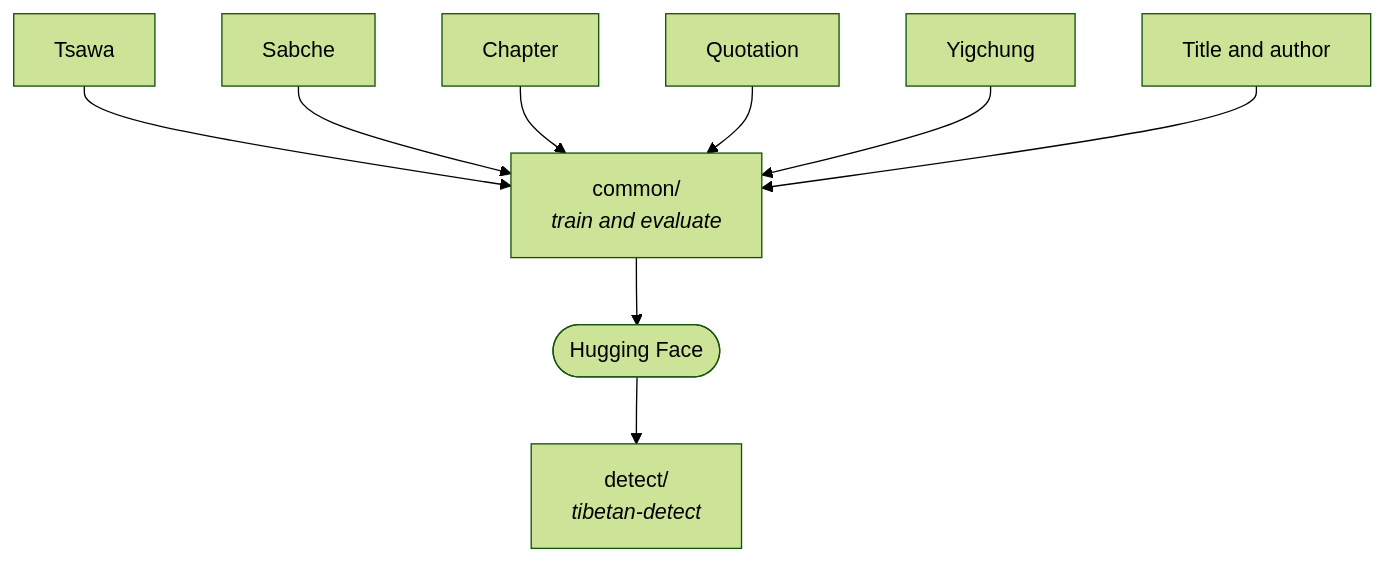
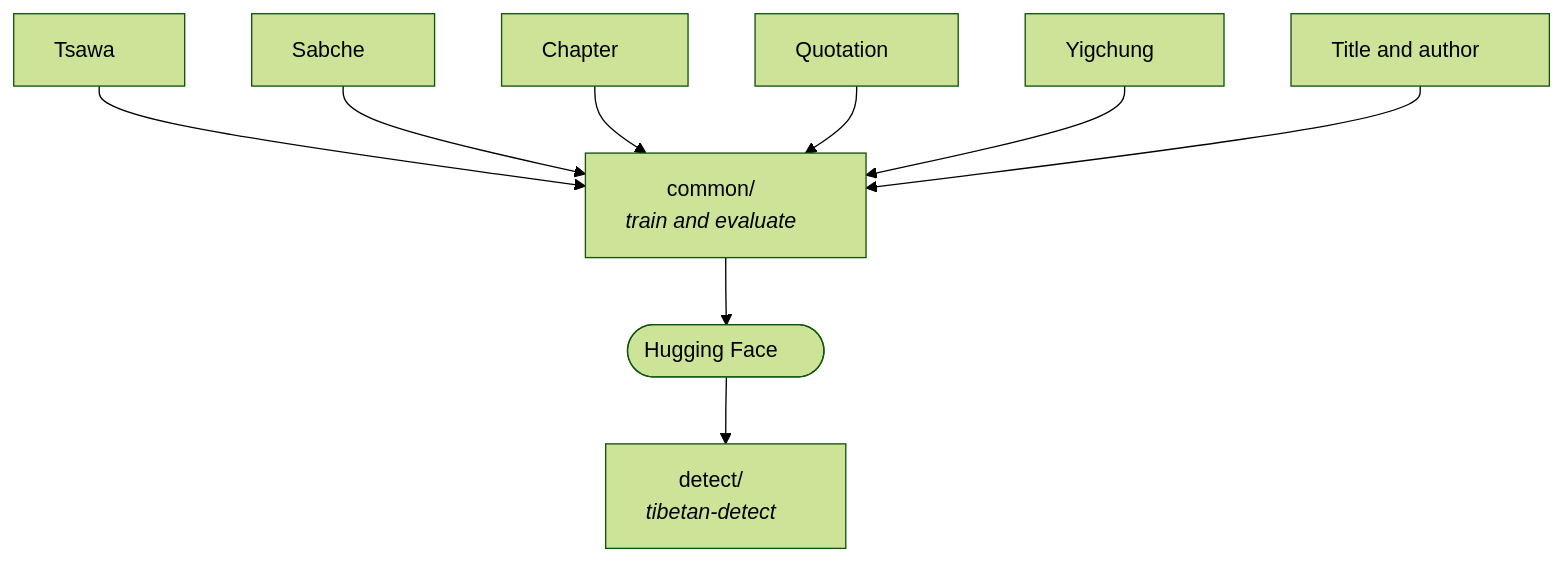
The diagram in README.md (tenzinyonten/tibetan-layer-detection), drawn with Mermaid (forest theme) before and after one commit. The commit also changed 8 other files, not shown here.

Commit message:
Add padding to flowchart labels so GitHub does not clip them

````diff
--- a/README.md
+++ b/README.md
@@ -10,11 +10,11 @@
 ```mermaid
 flowchart TD
-  L1["Tsawa"] --> C
-  L2["Sabche"] --> C
-  L3["Chapter"] --> C
-  L4["Quotation"] --> C
-  L5["Yigchung"] --> C
-  L6["Title and author"] --> C
-  C["common/<br/><i>train and evaluate</i>"] --> H(["Hugging Face"])
-  H --> D["detect/<br/><i>tibetan-detect</i>"]
+  L1["Tsawa&nbsp;&nbsp;&nbsp;&nbsp;&nbsp;"] --> C
+  L2["Sabche&nbsp;&nbsp;&nbsp;&nbsp;&nbsp;"] --> C
+  L3["Chapter&nbsp;&nbsp;&nbsp;&nbsp;&nbsp;"] --> C
+  L4["Quotation&nbsp;&nbsp;&nbsp;&nbsp;&nbsp;"] --> C
+  L5["Yigchung&nbsp;&nbsp;&nbsp;&nbsp;&nbsp;"] --> C
+  L6["Title and author&nbsp;&nbsp;&nbsp;&nbsp;&nbsp;"] --> C
+  C["common/&nbsp;&nbsp;&nbsp;&nbsp;&nbsp;<br/><i>train and evaluate&nbsp;&nbsp;&nbsp;&nbsp;&nbsp;</i>"] --> H(["Hugging Face&nbsp;&nbsp;&nbsp;&nbsp;&nbsp;"])
+  H --> D["detect/&nbsp;&nbsp;&nbsp;&nbsp;&nbsp;<br/><i>tibetan-detect&nbsp;&nbsp;&nbsp;&nbsp;&nbsp;</i>"]
 ```
````
